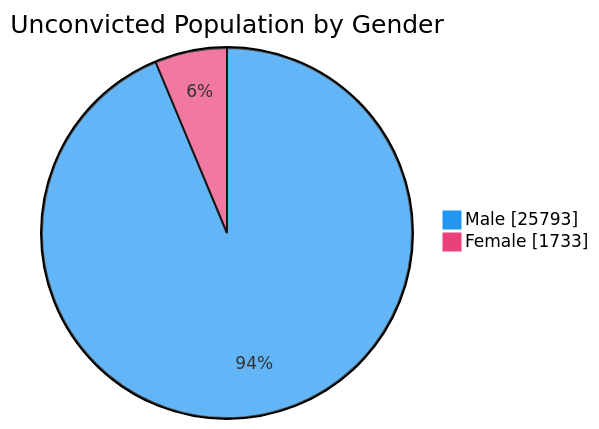
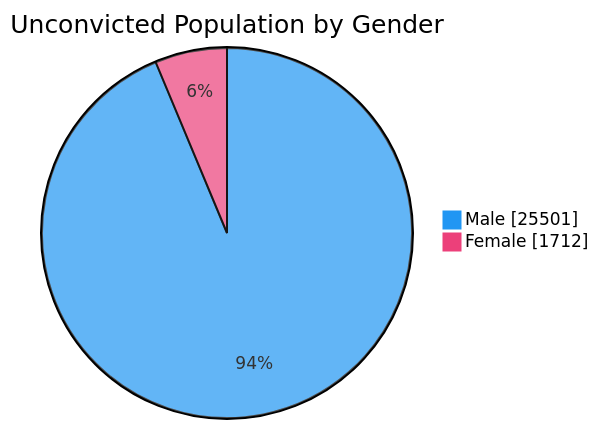
Before and after one commit to nuuuwan/lk_prisons: the fourth of 7 diagrams in README.md, drawn with Mermaid. The commit also changed other lines of this file and 1 other file, not shown here.

````diff
--- a/README.md
+++ b/README.md
@@ -76,6 +76,6 @@
 ```mermaid
 %%{init: {'themeVariables': {'pie1': '#2196F3', 'pie2': '#EC407A'}}}%%
 pie showData title Unconvicted Population by Gender
-    "Male" : 25793
-    "Female" : 1733
+    "Male" : 25501
+    "Female" : 1712
 ```
````
